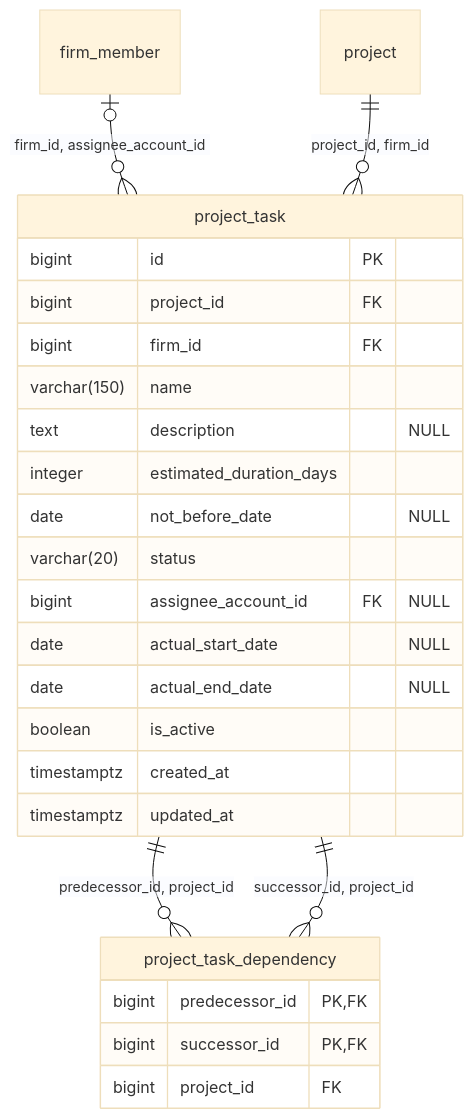
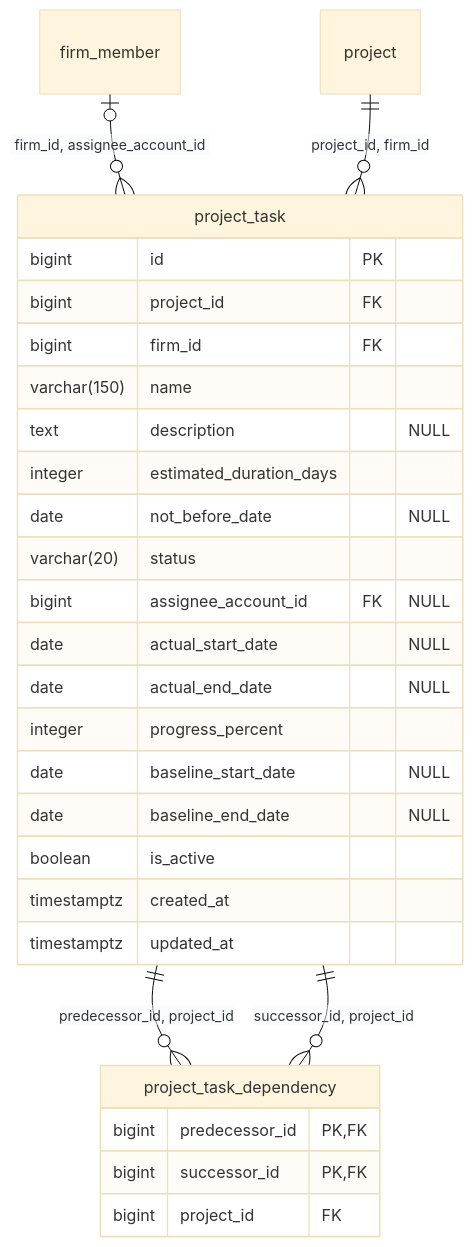
One commit to uca-argentina/pid-2026-doblews changed the fifth of 6 diagrams in docs/der.md. Above: the diagram before and after it, drawn with Mermaid (base theme). The commit also changed other lines of this file and 3 other files, not shown here.

Commit message:
feat: add progress and baseline columns to the planning

````diff
--- a/docs/der.md
+++ b/docs/der.md
@@ -451,29 +459,32 @@
 ```mermaid
 erDiagram
     project_task {
         bigint id PK
         bigint project_id FK
         bigint firm_id FK
         varchar(150) name
         text description "NULL"
         integer estimated_duration_days
         date not_before_date "NULL"
         varchar(20) status
         bigint assignee_account_id FK "NULL"
         date actual_start_date "NULL"
         date actual_end_date "NULL"
+        integer progress_percent
+        date baseline_start_date "NULL"
+        date baseline_end_date "NULL"
         boolean is_active
         timestamptz created_at
         timestamptz updated_at
     }
     project_task_dependency {
         bigint predecessor_id PK, FK
         bigint successor_id PK, FK
         bigint project_id FK
     }
 
     firm_member |o--o{ project_task : "firm_id, assignee_account_id"
     project ||--o{ project_task : "project_id, firm_id"
     project_task ||--o{ project_task_dependency : "predecessor_id, project_id"
     project_task ||--o{ project_task_dependency : "successor_id, project_id"
 ```
````
